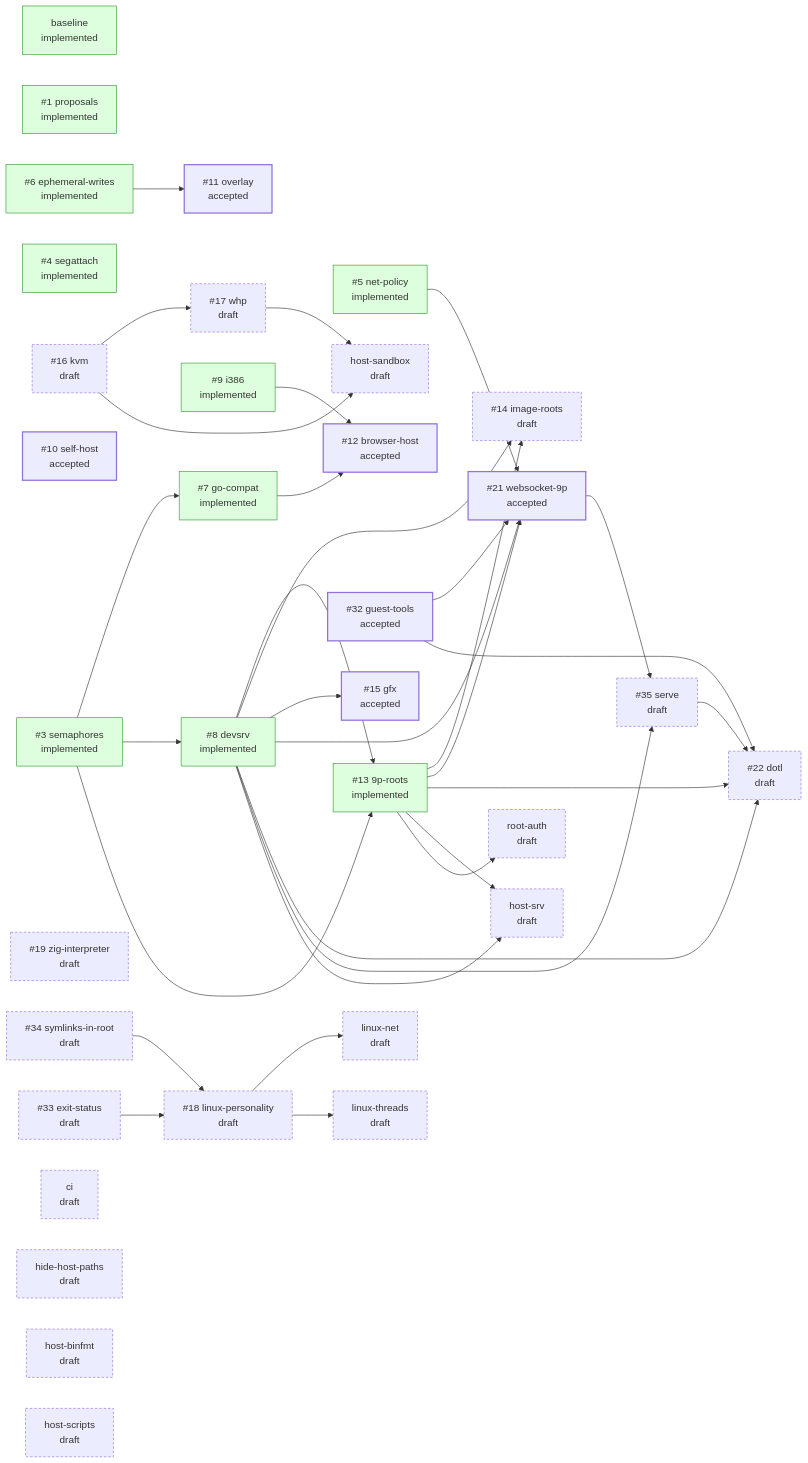
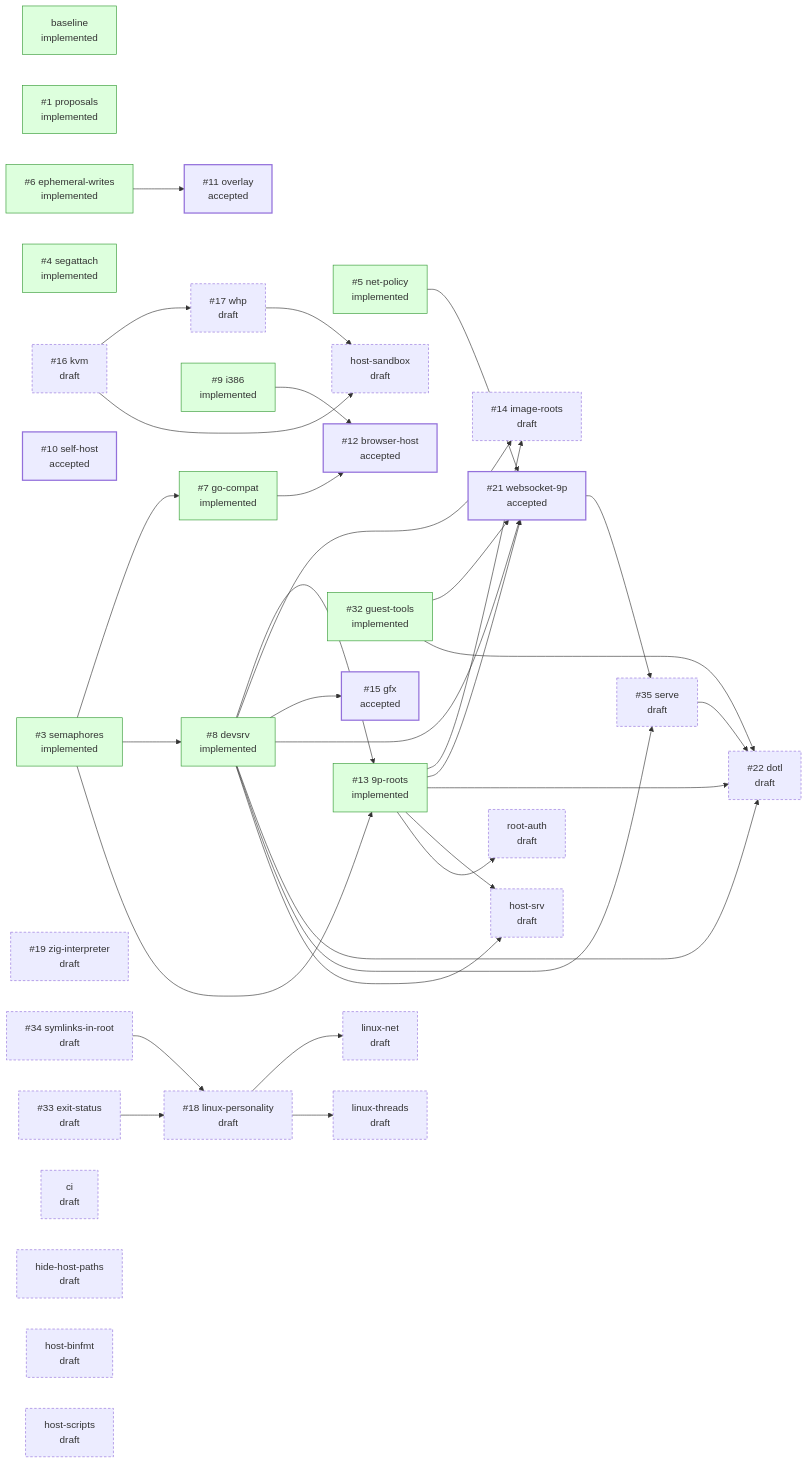
One commit to progrium/hyper9 changed the diagram in README.md. Above: the diagram before and after it, drawn with Mermaid. The commit also changed other lines of this file and 18 other files, not shown here.

First line of the commit message:
guest-tools: h9's own commands in #H, bound after /bin (#32)

````diff
--- a/README.md
+++ b/README.md
@@ -51,71 +51,71 @@
 ```mermaid
 flowchart LR
   classDef draft stroke-dasharray: 4 3
   classDef accepted stroke-width: 2px
   classDef implemented fill:#dfd,stroke:#393
   classDef closed fill:#eee,stroke:#999,color:#777
   p_baseline["baseline<br/>implemented"]:::implemented
   p_proposals["#35;1 proposals<br/>implemented"]:::implemented
   p_semaphores["#35;3 semaphores<br/>implemented"]:::implemented
   p_segattach["#35;4 segattach<br/>implemented"]:::implemented
   p_net_policy["#35;5 net-policy<br/>implemented"]:::implemented
   p_ephemeral_writes["#35;6 ephemeral-writes<br/>implemented"]:::implemented
   p_go_compat["#35;7 go-compat<br/>implemented"]:::implemented
   p_devsrv["#35;8 devsrv<br/>implemented"]:::implemented
   p_i386["#35;9 i386<br/>implemented"]:::implemented
   p_self_host["#35;10 self-host<br/>accepted"]:::accepted
   p_overlay["#35;11 overlay<br/>accepted"]:::accepted
   p_browser_host["#35;12 browser-host<br/>accepted"]:::accepted
   p_9p_roots["#35;13 9p-roots<br/>implemented"]:::implemented
   p_image_roots["#35;14 image-roots<br/>draft"]:::draft
   p_gfx["#35;15 gfx<br/>accepted"]:::accepted
   p_kvm["#35;16 kvm<br/>draft"]:::draft
   p_whp["#35;17 whp<br/>draft"]:::draft
   p_linux_personality["#35;18 linux-personality<br/>draft"]:::draft
   p_zig_interpreter["#35;19 zig-interpreter<br/>draft"]:::draft
   p_websocket_9p["#35;21 websocket-9p<br/>accepted"]:::accepted
   p_dotl["#35;22 dotl<br/>draft"]:::draft
-  p_guest_tools["#35;32 guest-tools<br/>accepted"]:::accepted
+  p_guest_tools["#35;32 guest-tools<br/>implemented"]:::implemented
   p_exit_status["#35;33 exit-status<br/>draft"]:::draft
   p_symlinks_in_root["#35;34 symlinks-in-root<br/>draft"]:::draft
   p_serve["#35;35 serve<br/>draft"]:::draft
   p_ci["ci<br/>draft"]:::draft
   p_hide_host_paths["hide-host-paths<br/>draft"]:::draft
   p_host_binfmt["host-binfmt<br/>draft"]:::draft
   p_host_sandbox["host-sandbox<br/>draft"]:::draft
   p_host_scripts["host-scripts<br/>draft"]:::draft
   p_host_srv["host-srv<br/>draft"]:::draft
   p_linux_net["linux-net<br/>draft"]:::draft
   p_linux_threads["linux-threads<br/>draft"]:::draft
   p_root_auth["root-auth<br/>draft"]:::draft
   p_semaphores --> p_go_compat
   p_semaphores --> p_devsrv
   p_ephemeral_writes --> p_overlay
   p_go_compat --> p_browser_host
   p_i386 --> p_browser_host
   p_semaphores --> p_9p_roots
   p_devsrv --> p_9p_roots
   p_devsrv --> p_image_roots
   p_9p_roots --> p_image_roots
   p_devsrv --> p_gfx
   p_kvm --> p_whp
   p_symlinks_in_root --> p_linux_personality
   p_exit_status --> p_linux_personality
   p_net_policy --> p_websocket_9p
   p_devsrv --> p_websocket_9p
   p_9p_roots --> p_websocket_9p
   p_guest_tools --> p_websocket_9p
   p_devsrv --> p_dotl
   p_9p_roots --> p_dotl
   p_serve --> p_dotl
   p_guest_tools --> p_dotl
   p_devsrv --> p_serve
   p_websocket_9p --> p_serve
   p_kvm --> p_host_sandbox
   p_whp --> p_host_sandbox
   p_devsrv --> p_host_srv
   p_9p_roots --> p_host_srv
   p_linux_personality --> p_linux_net
   p_linux_personality --> p_linux_threads
   p_9p_roots --> p_root_auth
 ```
````
